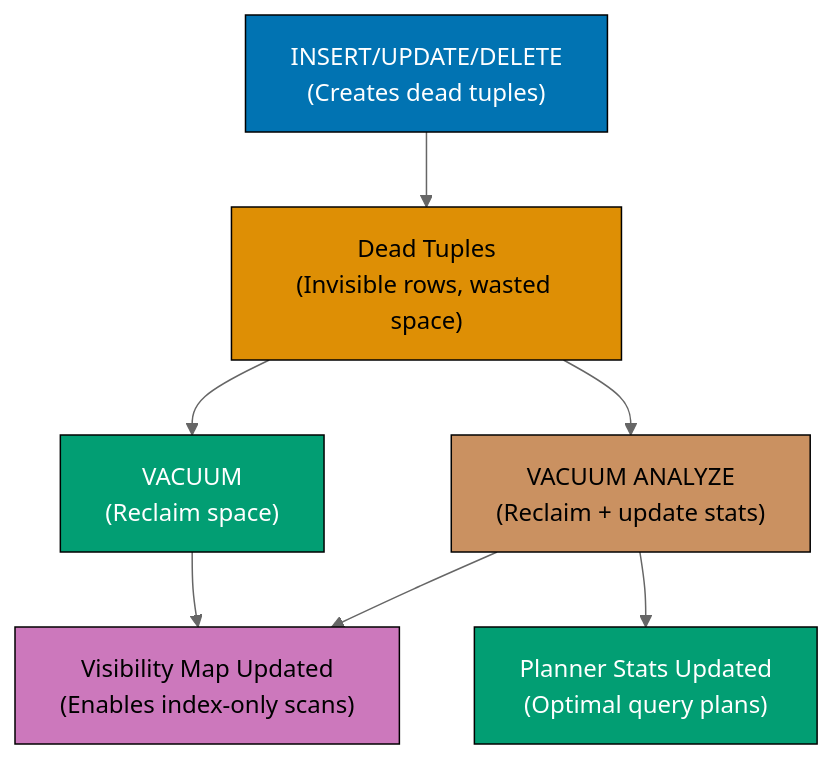
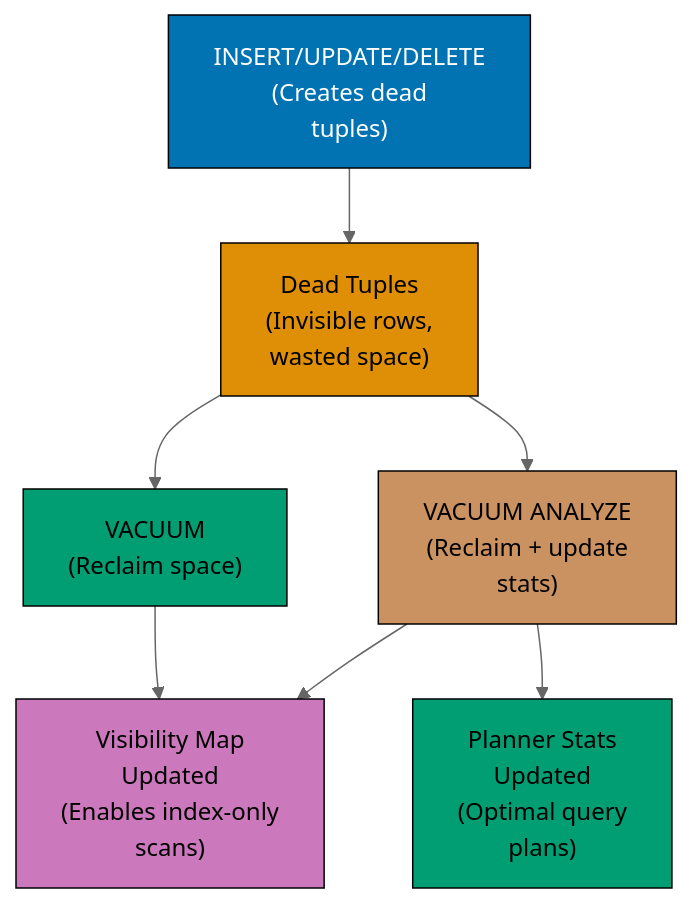
Before and after one commit to wahidyankf/ose-public: the sixth of 10 diagrams in apps/ayokoding-www/content/en/learn/legacy/software-engineering/data/databases/postgresql/by-example/advanced.md, drawn with Mermaid (neutral theme). The commit also changed other lines of this file and 131 other files, not shown here.

First line of the commit message:
fix(mermaid): bring the legacy data, infrastructure, and testing diagrams onto the accessible palette

````diff
--- a/apps/ayokoding-www/content/en/learn/legacy/software-engineering/data/databases/postgresql/by-example/advanced.md
+++ b/apps/ayokoding-www/content/en/learn/legacy/software-engineering/data/databases/postgresql/by-example/advanced.md
@@ -2028,24 +2064,32 @@
 ```mermaid
 %% Color Palette: Blue #0173B2, Orange #DE8F05, Teal #029E73, Purple #CC78BC, Brown #CA9161
 graph TD
-    A["INSERT/UPDATE/DELETE<br/>(Creates dead tuples)"]
-    B["Dead Tuples<br/>(Invisible rows, wasted space)"]
+    accTitle: Example 70: Vacuum and Analyze
+    accDescr: Graph with 6 nodes and 6 connections. Nodes: INSERT/UPDATE/DELETE (Creates dead tuples), Dead Tuples (Invisible rows, wasted space), VACUUM (Reclaim space), VACUUM ANALYZE (Reclaim + update stats), Visibility Map Updated (Enables index-only scans), Planner Stats Updated (Optimal query plans). Connections: INSERT/UPDATE/DELETE (Creates dead tuples) to Dead Tuples (Invisible rows, wasted space), Dead Tuples (Invisible rows, wasted space) to VACUUM (Reclaim space), Dead Tuples (Invisible rows, wasted space) to VACUUM ANALYZE (Reclaim + update stats), VACUUM (Reclaim space) to Visibility Map Updated (Enables index-only scans), VACUUM ANALYZE (Reclaim + update stats) to Visibility Map Updated (Enables index-only scans), VACUUM ANALYZE (Reclaim + update stats) to Planner Stats Updated (Optimal query plans).
+    A["INSERT/UPDATE/DELETE<br/>(Creates dead<br/>tuples)"]
+    B["Dead Tuples<br/>(Invisible rows,<br/>wasted space)"]
     C["VACUUM<br/>(Reclaim space)"]
-    D["VACUUM ANALYZE<br/>(Reclaim + update stats)"]
-    E["Visibility Map Updated<br/>(Enables index-only scans)"]
-    F["Planner Stats Updated<br/>(Optimal query plans)"]
+    D["VACUUM ANALYZE<br/>(Reclaim + update<br/>stats)"]
+    E["Visibility Map<br/>Updated<br/>(Enables index-only<br/>scans)"]
+    F["Planner Stats<br/>Updated<br/>(Optimal query<br/>plans)"]
 
     A --> B
     B --> C
     B --> D
     C --> E
     D --> E
     D --> F
 
-    style A fill:#0173B2,stroke:#000,color:#fff
-    style B fill:#DE8F05,stroke:#000,color:#000
-    style C fill:#029E73,stroke:#000,color:#fff
-    style D fill:#CA9161,stroke:#000,color:#000
-    style E fill:#CC78BC,stroke:#000,color:#000
-    style F fill:#029E73,stroke:#000,color:#fff
+    classDef pal-0173B2 fill:#0173B2,stroke:#000000,color:#FFFFFF
+    class A pal-0173B2
+    classDef pal-DE8F05 fill:#DE8F05,stroke:#000000,color:#000000
+    class B pal-DE8F05
+    classDef pal-029E73 fill:#029E73,stroke:#000000,color:#000000
+    class C pal-029E73
+    classDef pal-CA9161 fill:#CA9161,stroke:#000000,color:#000000
+    class D pal-CA9161
+    classDef pal-CC78BC fill:#CC78BC,stroke:#000000,color:#000000
+    class E pal-CC78BC
+    class F pal-029E73
+    classDef default fill:#FFFFFF,stroke:#000000,color:#000000
 ```
````
